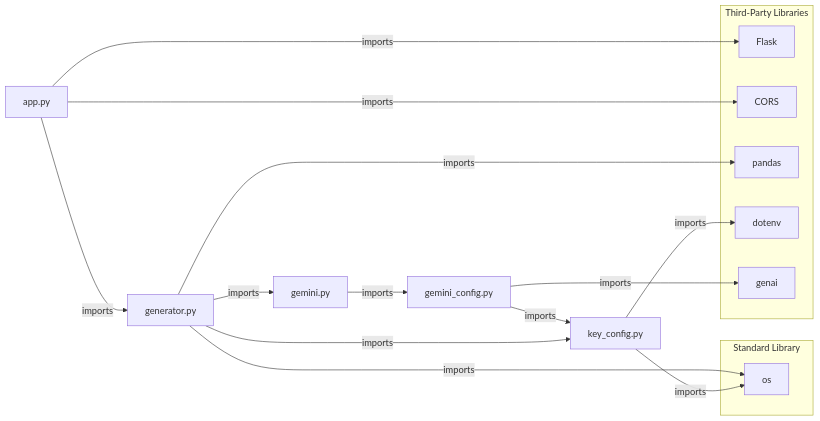
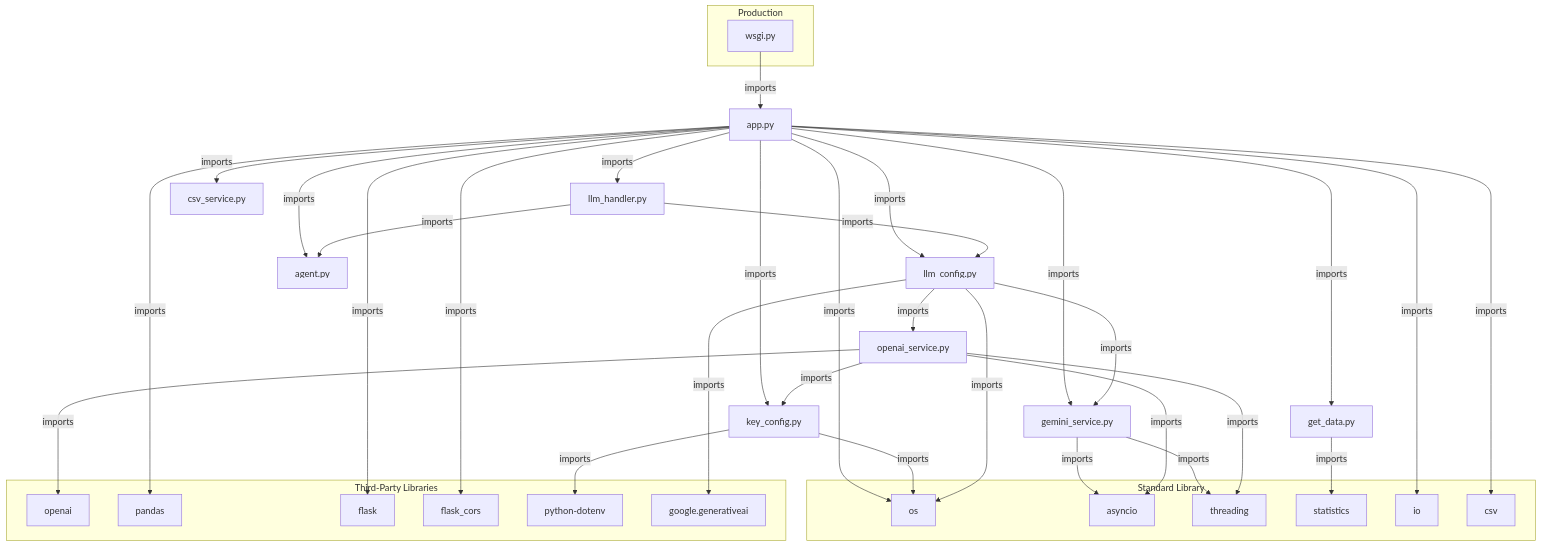
The second of 3 diagrams in docs/ARCHITECTURE.md (ohtu-kohtalo/ohjelmistotuotantoprojekti), drawn with Mermaid before and after one commit. The commit also changed other lines of this file, not shown here.

Commit message:
Add updated dependency graphs

````diff
--- a/docs/ARCHITECTURE.md
+++ b/docs/ARCHITECTURE.md
@@ -31,28 +51,66 @@
 ```mermaid
-graph LR
-    app[app.py] -->|imports| generator[generator.py]
-    generator -->|imports| gemini[gemini.py]
-    gemini -->|imports| gemini_config[gemini_config.py]
-    gemini_config -->|imports| key_config[key_config.py]
+graph TD
+    app[app.py] -->|imports| key_config[key_config.py]
+    app -->|imports| llm_config[llm_config.py]
+    app -->|imports| agent[agent.py]
+    app -->|imports| get_data[get_data.py]
+    app -->|imports| gemini_service[gemini_service.py]
+    app -->|imports| llm_handler[llm_handler.py]
+    app -->|imports| csv_service[csv_service.py]
+
+    llm_handler -->|imports| llm_config
+    llm_handler -->|imports| agent
+
+    openai_service[openai_service.py] -->|imports| key_config
+
+    llm_config -->|imports| openai_service
+    llm_config -->|imports| gemini_service
+
+    subgraph Production
+        wsgi[wsgi.py]
+    end
+
+    wsgi -->|imports| app
 
     subgraph Standard Library
-        os[os]
+        os
+        asyncio
+        threading
+        statistics
+        io
+        csv
     end
 
     subgraph Third-Party Libraries
-        flask[Flask]
-        flask_cors[CORS]
-        pandas[pandas]
-        python-dotenv[dotenv]
-        google.generativeai[genai]
+        openai
+        pandas
+        flask
+        flask_cors
+        python-dotenv
+        google.generativeai
     end
 
+    gemini_service -->|imports| asyncio
+    gemini_service -->|imports| threading
+
+    get_data -->|imports| statistics
+
+    openai_service -->|imports| asyncio
+    openai_service -->|imports| threading
+    openai_service -->|imports| openai
+
+    app -->|imports| os
+    app -->|imports| io
+    app -->|imports| csv
+    app -->|imports| pandas
     app -->|imports| flask
     app -->|imports| flask_cors
-    generator -->|imports| os
-    generator -->|imports| pandas
-    generator -->|imports| key_config
-    gemini_config -->|imports| google.generativeai
+
     key_config -->|imports| os
     key_config -->|imports| python-dotenv
+
+    llm_config -->|imports| os
+    llm_config -->|imports| google.generativeai
+
+
 ```
````
